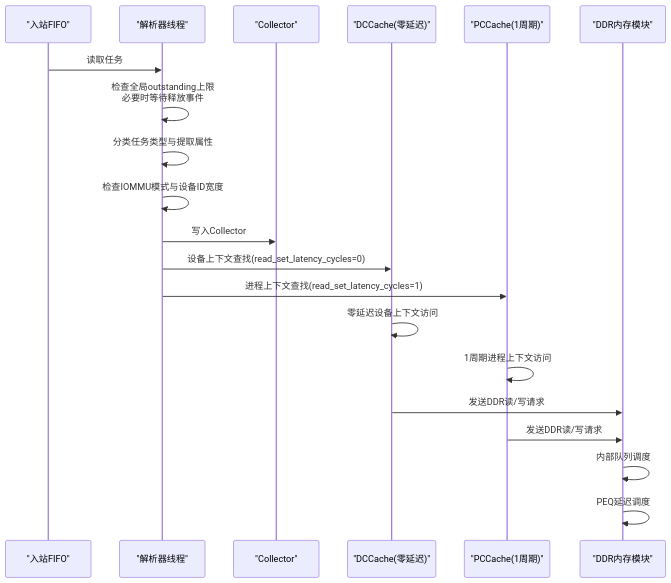
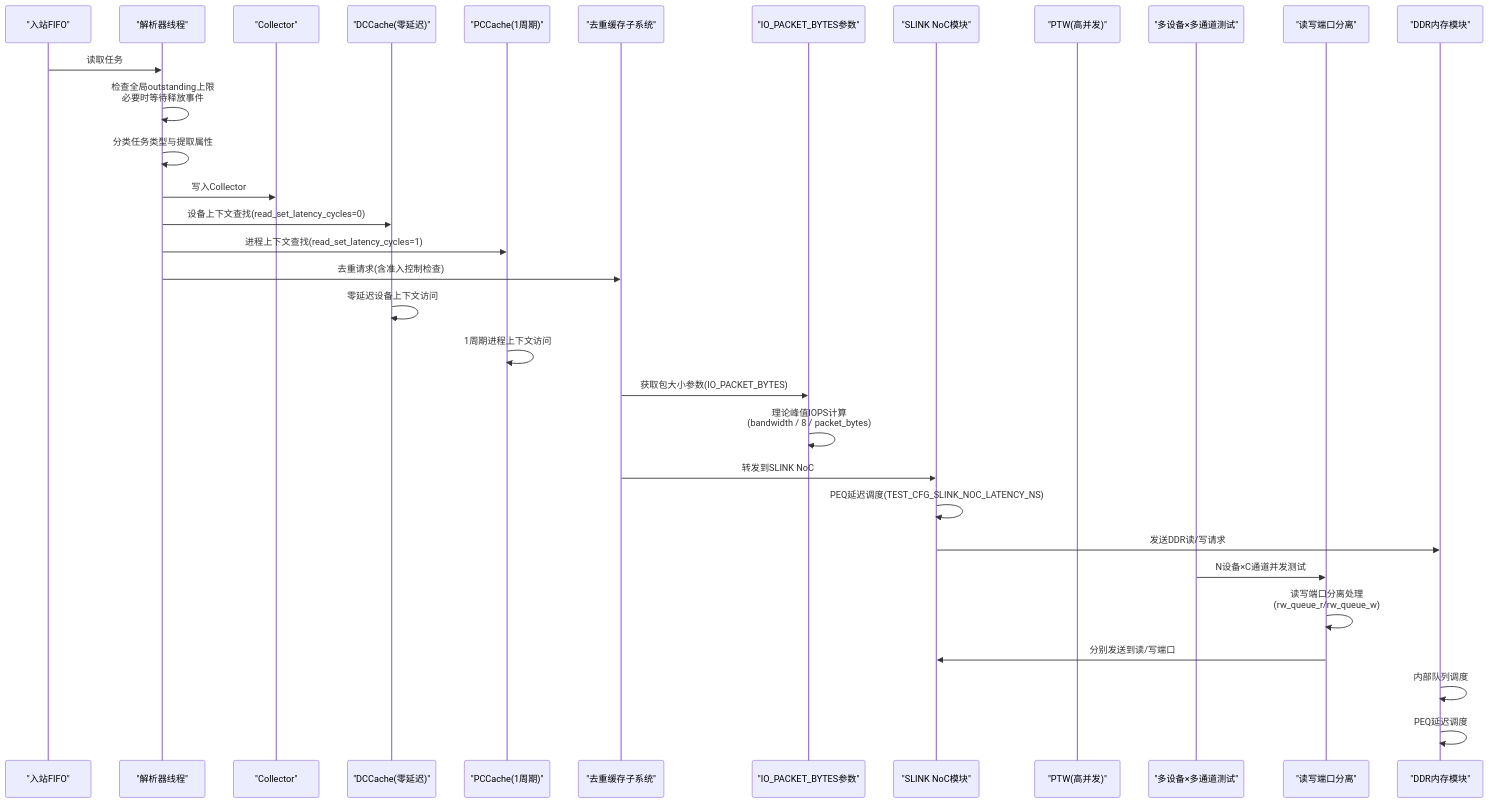
Before and after one commit to jiangjiang1122/iommu_model_20260401_v1: the second of 13 diagrams in .qoder/repowiki/zh/content/性能模型/性能参数配置.md, drawn with Mermaid. The commit also changed other lines of this file and 55 other files, not shown here.

````diff
--- a/.qoder/repowiki/zh/content/性能模型/性能参数配置.md
+++ b/.qoder/repowiki/zh/content/性能模型/性能参数配置.md
@@ -155,22 +254,34 @@
 ```mermaid
 sequenceDiagram
 participant IN as "入站FIFO"
 participant PR as "解析器线程"
 participant CL as "Collector"
 participant DC as "DCCache(零延迟)"
 participant PC as "PCCache(1周期)"
+participant DCS as "去重缓存子系统"
+participant IPB as "IO_PACKET_BYTES参数"
+participant SL as "SLINK NoC模块"
+participant PTW as "PTW(高并发)"
+participant MDMC as "多设备×多通道测试"
+participant SRW as "读写端口分离"
 participant DDR as "DDR内存模块"
 IN->>PR : 读取任务
 PR->>PR : 检查全局outstanding上限<br/>必要时等待释放事件
 PR->>PR : 分类任务类型与提取属性
-PR->>PR : 检查IOMMU模式与设备ID宽度
 PR->>CL : 写入Collector
 PR->>DC : 设备上下文查找(read_set_latency_cycles=0)
 PR->>PC : 进程上下文查找(read_set_latency_cycles=1)
+PR->>DCS : 去重请求(含准入控制检查)
 DC->>DC : 零延迟设备上下文访问
 PC->>PC : 1周期进程上下文访问
-DC->>DDR : 发送DDR读/写请求
-PC->>DDR : 发送DDR读/写请求
+DCS->>IPB : 获取包大小参数(IO_PACKET_BYTES)
+IPB->>IPB : 理论峰值IOPS计算<br/>(bandwidth / 8 / packet_bytes)
+DCS->>SL : 转发到SLINK NoC
+SL->>SL : PEQ延迟调度(TEST_CFG_SLINK_NOC_LATENCY_NS)
+SL->>DDR : 发送DDR读/写请求
+MDMC->>SRW : N设备×C通道并发测试
+SRW->>SRW : 读写端口分离处理<br/>(rw_queue_r/rw_queue_w)
+SRW->>SL : 分别发送到读/写端口
 DDR->>DDR : 内部队列调度
 DDR->>DDR : PEQ延迟调度
 ```
````
